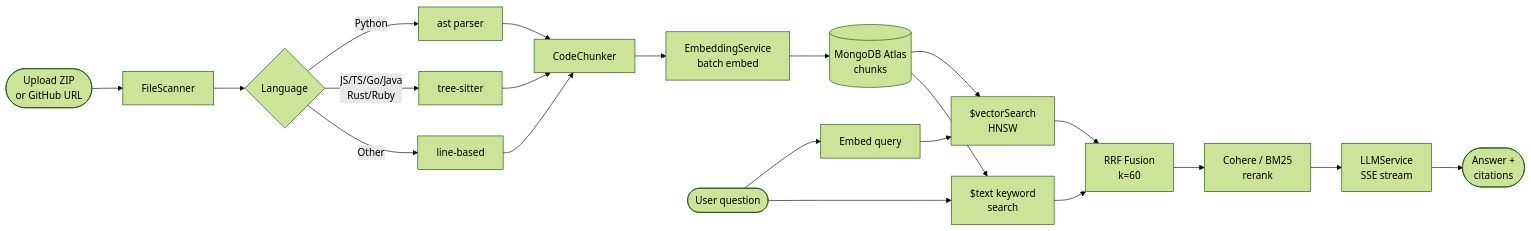
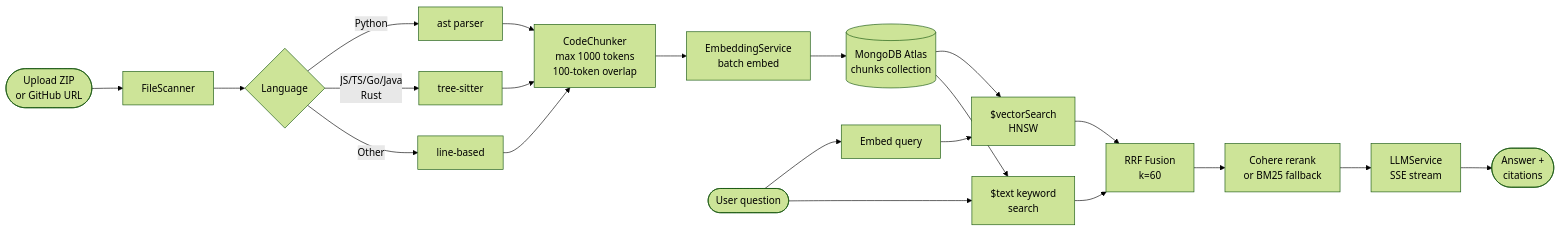
One commit to shivam-tamboli/AI-CodeBase-Assistant changed the first of 3 diagrams in README.md. Above: the diagram before and after it, drawn with Mermaid (forest theme). The commit also changed other lines of this file, not shown here.

Commit message:
docs: rewrite README with demo link, problem framing, tech stack, ER diagram, and What I Learned section

````diff
--- a/README.md
+++ b/README.md
@@ -46,21 +83,21 @@
 ```mermaid
 flowchart LR
     A([Upload ZIP\nor GitHub URL]) --> B[FileScanner]
     B --> C{Language}
     C -->|Python| D[ast parser]
-    C -->|JS/TS/Go/Java\nRust/Ruby| E[tree-sitter]
+    C -->|JS/TS/Go/Java\nRust| E[tree-sitter]
     C -->|Other| F[line-based]
-    D & E & F --> G[CodeChunker]
+    D & E & F --> G[CodeChunker\nmax 1000 tokens\n100-token overlap]
     G --> H[EmbeddingService\nbatch embed]
-    H --> I[(MongoDB Atlas\nchunks)]
+    H --> I[(MongoDB Atlas\nchunks collection)]
 
     J([User question]) --> K[Embed query]
     J --> L[$text keyword\nsearch]
     K --> M[$vectorSearch\nHNSW]
     M & L --> N[RRF Fusion\nk=60]
-    N --> O[Cohere / BM25\nrerank]
+    N --> O[Cohere rerank\nor BM25 fallback]
     O --> P[LLMService\nSSE stream]
     I --> M
     I --> L
     P --> Q([Answer +\ncitations])
 ```
````
